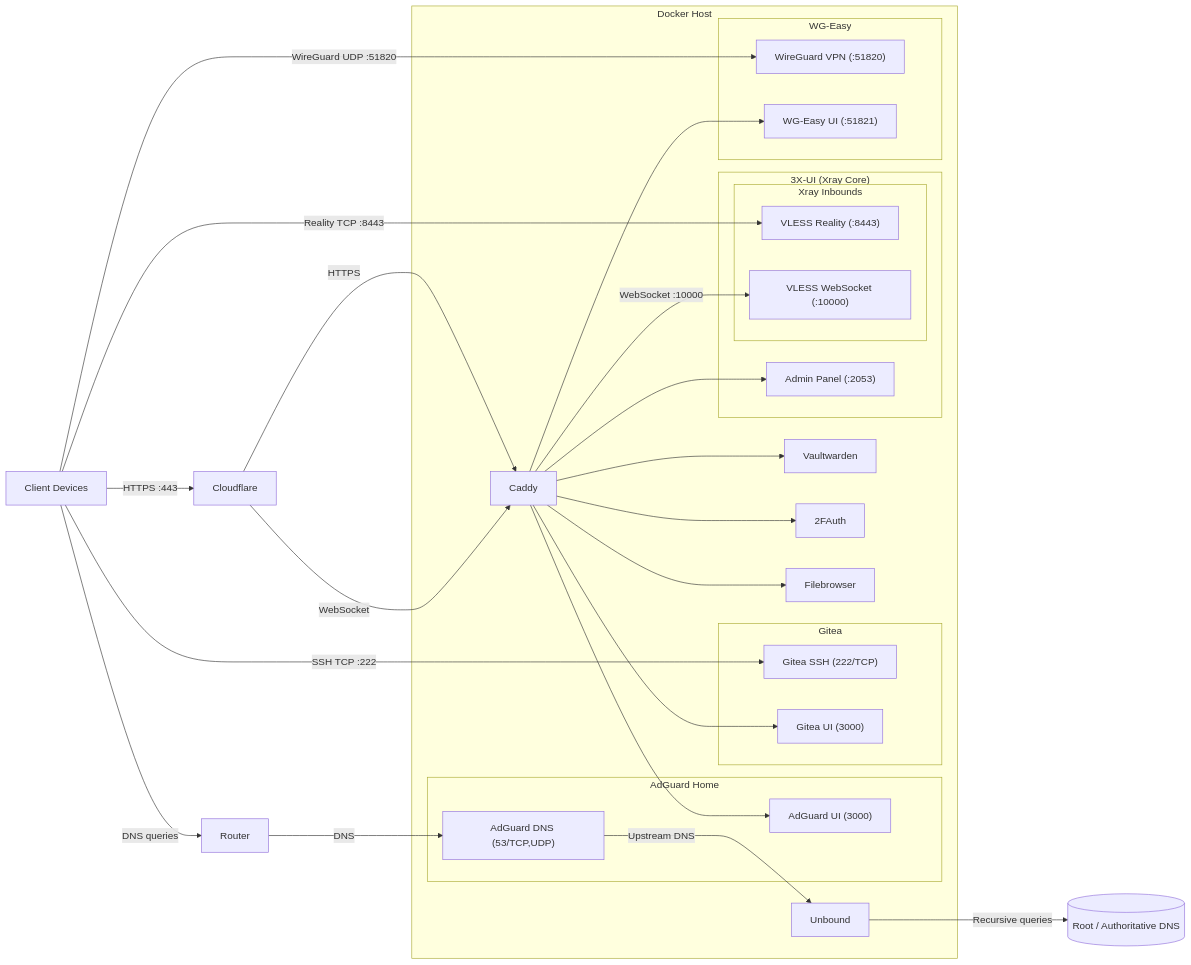
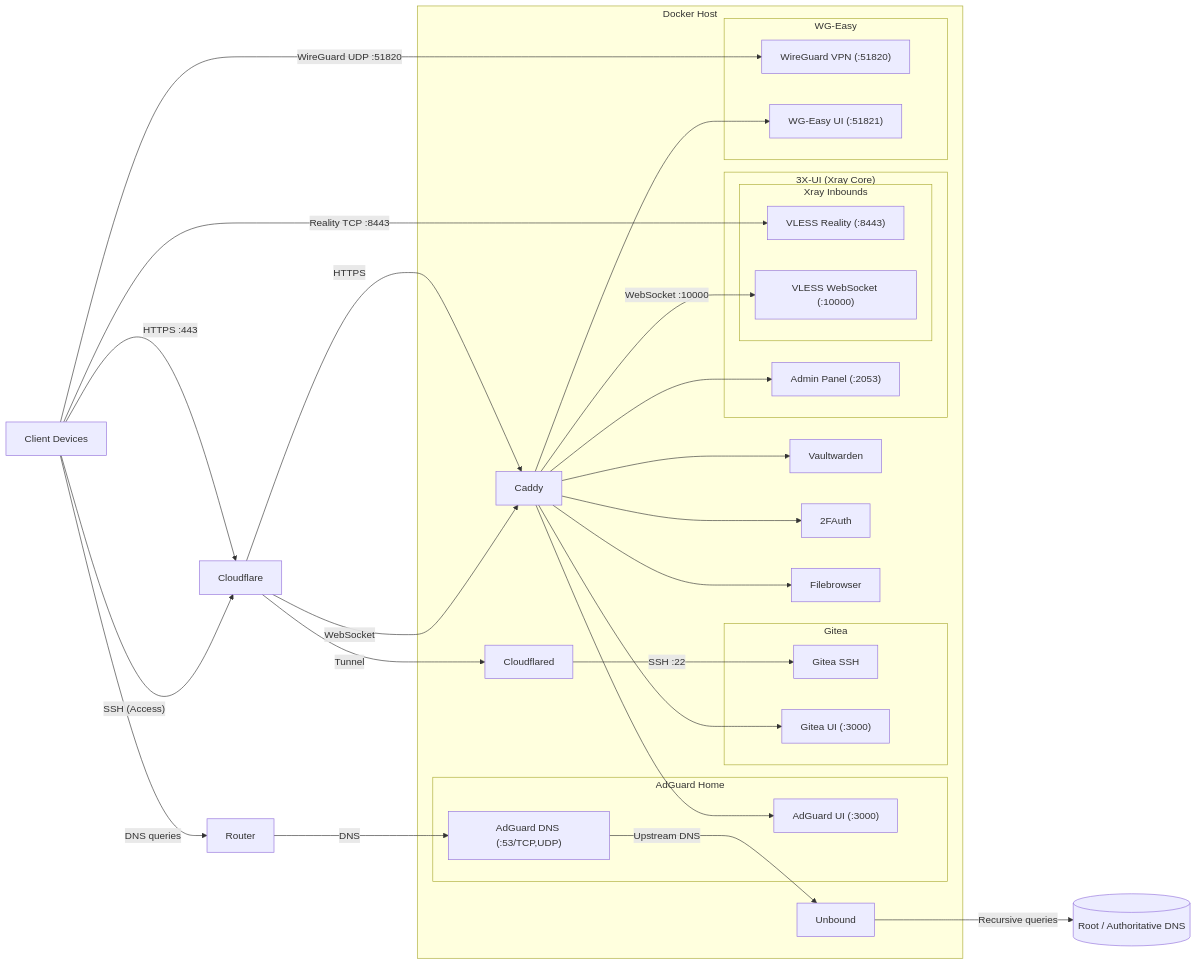
One commit to AndrewTrieu/selfhosted changed the diagram in README.md. Above: the diagram before and after it, drawn with Mermaid. The commit also changed other lines of this file and 2 other files, not shown here.

Commit message:
feat: Add Gitea SSH configuration and Cloudflare Tunnel support

````diff
--- a/README.md
+++ b/README.md
@@ -39,76 +40,80 @@
 ```mermaid
 flowchart LR
     Client["Client Devices"]
 
     %% =====================
     %% DNS flow
     %% =====================
     Client -->|"DNS queries"| Router
     Router -->|"DNS"| AdGuardDNS
     AdGuardDNS -->|"Upstream DNS"| Unbound
     Unbound -->|"Recursive queries"| InternetDNS[(Root / Authoritative DNS)]
 
     %% =====================
     %% Entry points
     %% =====================
     Client -->|"HTTPS :443"| Cloudflare
     Client -->|Reality TCP :8443| XrayReality
     Client -->|WireGuard UDP :51820| WireGuardVPN
-    Client -->|SSH TCP :222| GiteaSSH
+    Client -->|"SSH (Access)"| Cloudflare
 
     %% =====================
     %% Web & CDN flow
     %% =====================
     Cloudflare -->|"HTTPS"| Caddy
+    Cloudflare -->|"Tunnel"| Cloudflared
+
+    %% SSH tunnel
+    Cloudflared -->|"SSH :22"| GiteaSSH
 
     %% Reverse proxy targets
     Caddy --> Vaultwarden
     Caddy --> TwoFAuth["2FAuth"]
     Caddy --> Filebrowser
     Caddy --> GiteaUI["Gitea UI"]
     Caddy --> AdGuardUI["AdGuard UI"]
     Caddy --> WGEasyUI["WG-Easy UI"]
     Caddy --> XUIAdmin["3X-UI Admin Panel"]
 
     %% =====================
     %% VLESS over CDN (WebSocket only)
     %% =====================
     Cloudflare -->|"WebSocket"| Caddy
     Caddy -->|WebSocket :10000| XrayWS
 
     %% =====================
     %% Containers
     %% =====================
     subgraph DockerHost["Docker Host"]
         Caddy
         Vaultwarden
         TwoFAuth
         Filebrowser
-        GiteaSSH
         Unbound
+        Cloudflared
 
         subgraph AdGuardHome["AdGuard Home"]
-            AdGuardDNS["AdGuard DNS (53/TCP,UDP)"]
-            AdGuardUI["AdGuard UI (3000)"]
+            AdGuardDNS["AdGuard DNS (:53/TCP,UDP)"]
+            AdGuardUI["AdGuard UI (:3000)"]
         end
 
         subgraph Gitea["Gitea"]
-            GiteaSSH["Gitea SSH (222/TCP)"]
-            GiteaUI["Gitea UI (3000)"]
+            GiteaSSH["Gitea SSH"]
+            GiteaUI["Gitea UI (:3000)"]
         end
 
         subgraph XUI["3X-UI (Xray Core)"]
             XUIAdmin["Admin Panel (:2053)"]
 
             subgraph XrayInbounds["Xray Inbounds"]
                 XrayWS["VLESS WebSocket (:10000)"]
                 XrayReality["VLESS Reality (:8443)"]
             end
         end
 
         subgraph WireGuardStack["WG-Easy"]
             WireGuardVPN["WireGuard VPN (:51820)"]
             WGEasyUI["WG-Easy UI (:51821)"]
         end
     end
 ```
````
